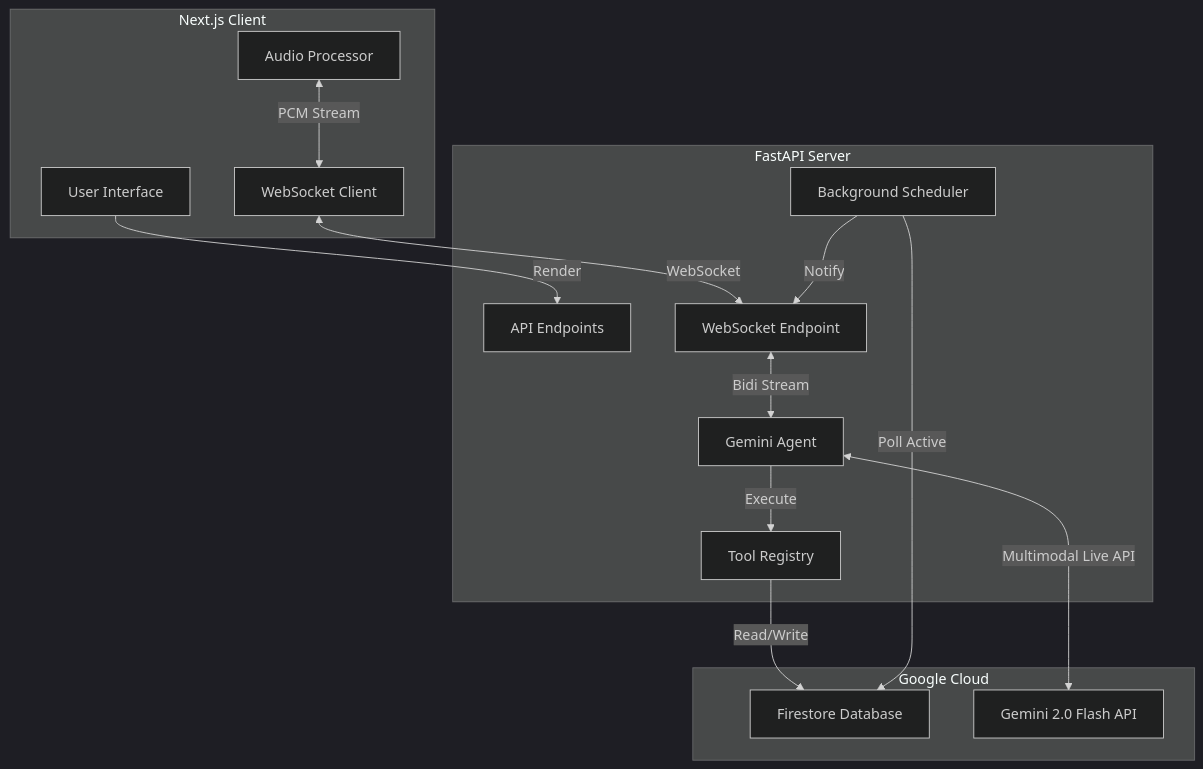
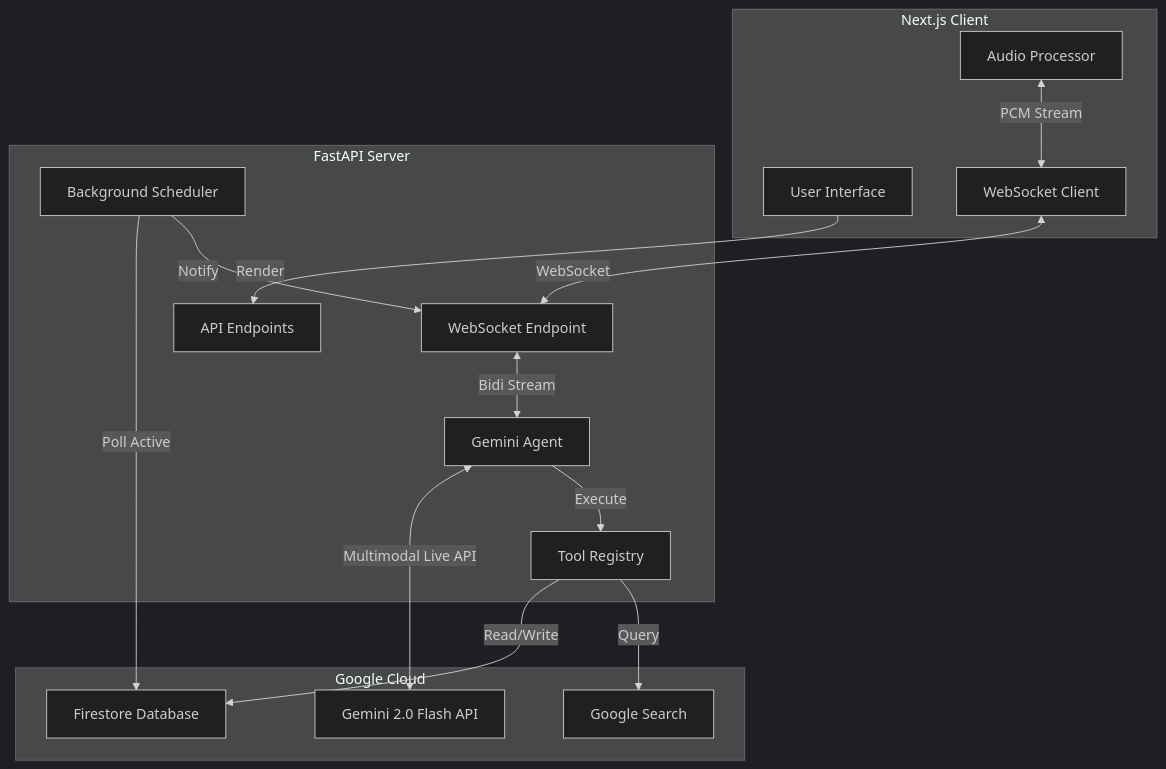
One commit to mkstmp/assistant_demo changed the diagram in README.md. Above: the diagram before and after it, drawn with Mermaid (dark theme). The commit also changed other lines of this file, not shown here.

Commit message:
Update README with architecture diagram, features, and live demo links

````diff
--- a/README.md
+++ b/README.md
@@ -9,35 +9,37 @@
 ```mermaid
 graph TD
     subgraph Frontend [Next.js Client]
         UI[User Interface]
         Audio[Audio Processor]
         SocketClient[WebSocket Client]
     end
 
     subgraph Backend [FastAPI Server]
         API[API Endpoints]
         SocketServer[WebSocket Endpoint]
         Agent[Gemini Agent]
         Tools[Tool Registry]
         Scheduler[Background Scheduler]
     end
 
     subgraph Cloud [Google Cloud]
         Firestore[Firestore Database]
         Gemini[Gemini 2.0 Flash API]
+        GoogleSearch[Google Search]
     end
 
     %% Connections
     UI -->|Render| API
     Audio <-->|PCM Stream| SocketClient
     SocketClient <-->|WebSocket| SocketServer
     
     SocketServer <-->|Bidi Stream| Agent
     Agent <-->|Multimodal Live API| Gemini
     
     Agent -->|Execute| Tools
     Tools -->|Read/Write| Firestore
+    Tools -->|Query| GoogleSearch
     
     Scheduler -->|Poll Active| Firestore
     Scheduler -->|Notify| SocketServer
 ```
````
